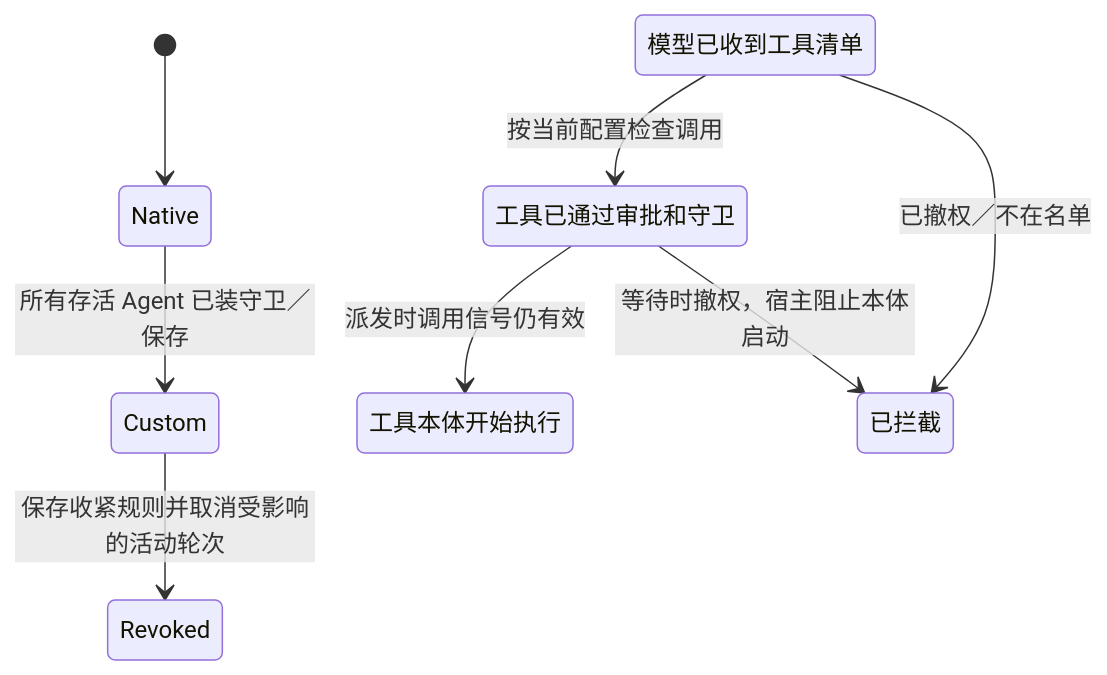
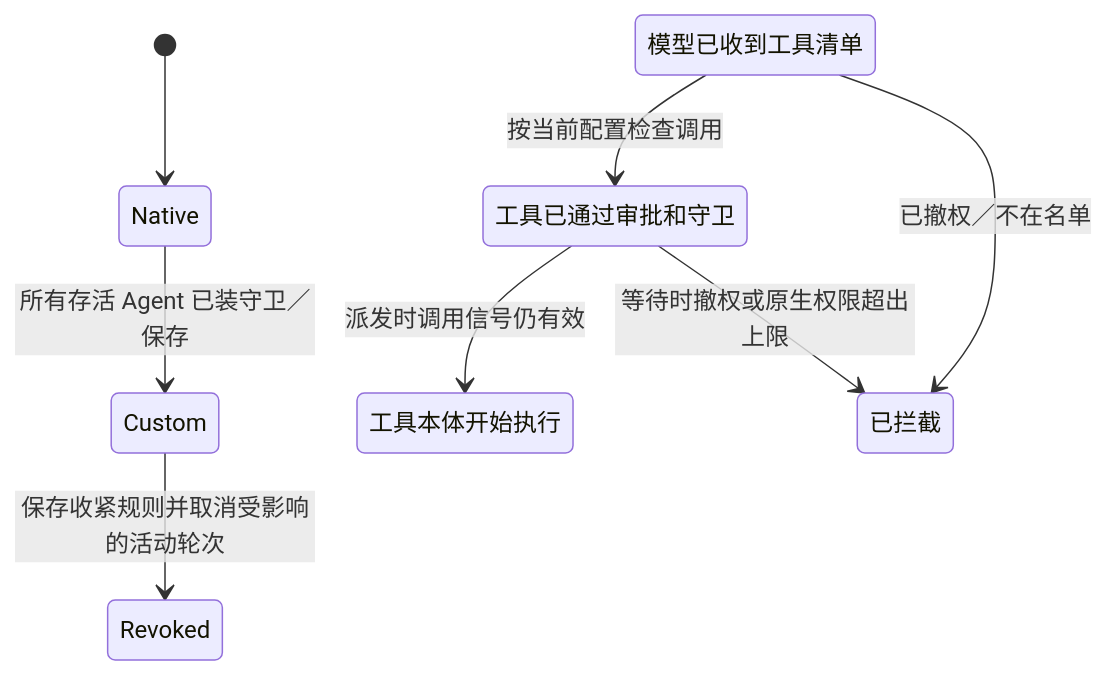
One commit to tencent-connect/dsh-qqbot changed the diagram in tests/formal/qq-tool-policy/README.md. Above: the diagram before and after it, drawn with Mermaid. The commit also changed other lines of this file and 13 other files, not shown here.

````diff
--- a/tests/formal/qq-tool-policy/README.md
+++ b/tests/formal/qq-tool-policy/README.md
@@ -5,14 +5,14 @@
 ```mermaid
 stateDiagram-v2
     [*] --> Native
     Native --> Custom : 所有存活 Agent 已装守卫／保存
     Custom --> Revoked : 保存收紧规则并取消受影响的活动轮次
     state "模型已收到工具清单" as Described
     state "工具已通过审批和守卫" as Allowed
     state "工具本体开始执行" as Started
     state "已拦截" as Blocked
     Described --> Allowed : 按当前配置检查调用
     Described --> Blocked : 已撤权／不在名单
     Allowed --> Started : 派发时调用信号仍有效
-    Allowed --> Blocked : 等待时撤权，宿主阻止本体启动
+    Allowed --> Blocked : 等待时撤权或原生权限超出上限
 ```
````
